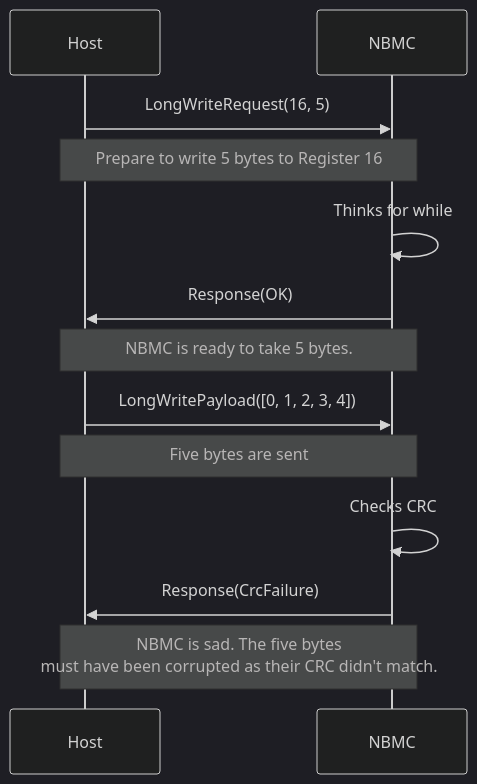
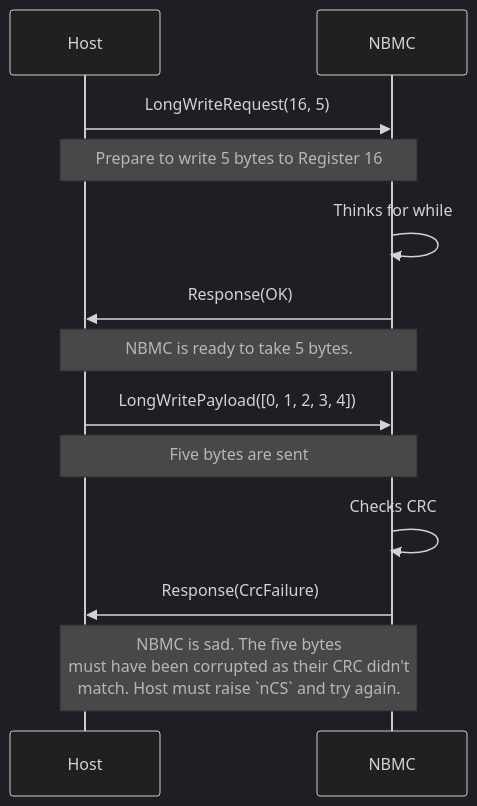
One commit to Neotron-Compute/Neotron-BMC changed the fifth of 5 diagrams in neotron-bmc-protocol/README.md. Above: the diagram before and after it, drawn with Mermaid (dark theme). The commit also changed other lines of this file, not shown here.

Commit message:
Fix success/fail diagram for Long Write.

````diff
--- a/neotron-bmc-protocol/README.md
+++ b/neotron-bmc-protocol/README.md
@@ -199,21 +222,21 @@
 ```mermaid
 sequenceDiagram
 
 Host->>NBMC: LongWriteRequest(16, 5)
 Note over Host, NBMC: Prepare to write 5 bytes to Register 16
 
 NBMC->>NBMC: Thinks for while
 
 NBMC->>Host: Response(OK)
 
 Note over Host, NBMC: NBMC is ready to take 5 bytes.
 
 Host->>NBMC: LongWritePayload([0, 1, 2, 3, 4])
 Note over Host, NBMC: Five bytes are sent
 
 NBMC->>NBMC: Checks CRC
 
 NBMC->>Host: Response(CrcFailure)
 
-Note over Host, NBMC: NBMC is sad. The five bytes<br/>must have been corrupted as their CRC didn't match.
+Note over Host, NBMC: NBMC is sad. The five bytes<br/>must have been corrupted as their CRC didn't<br/>match. Host must raise `nCS` and try again.
 ```
````
